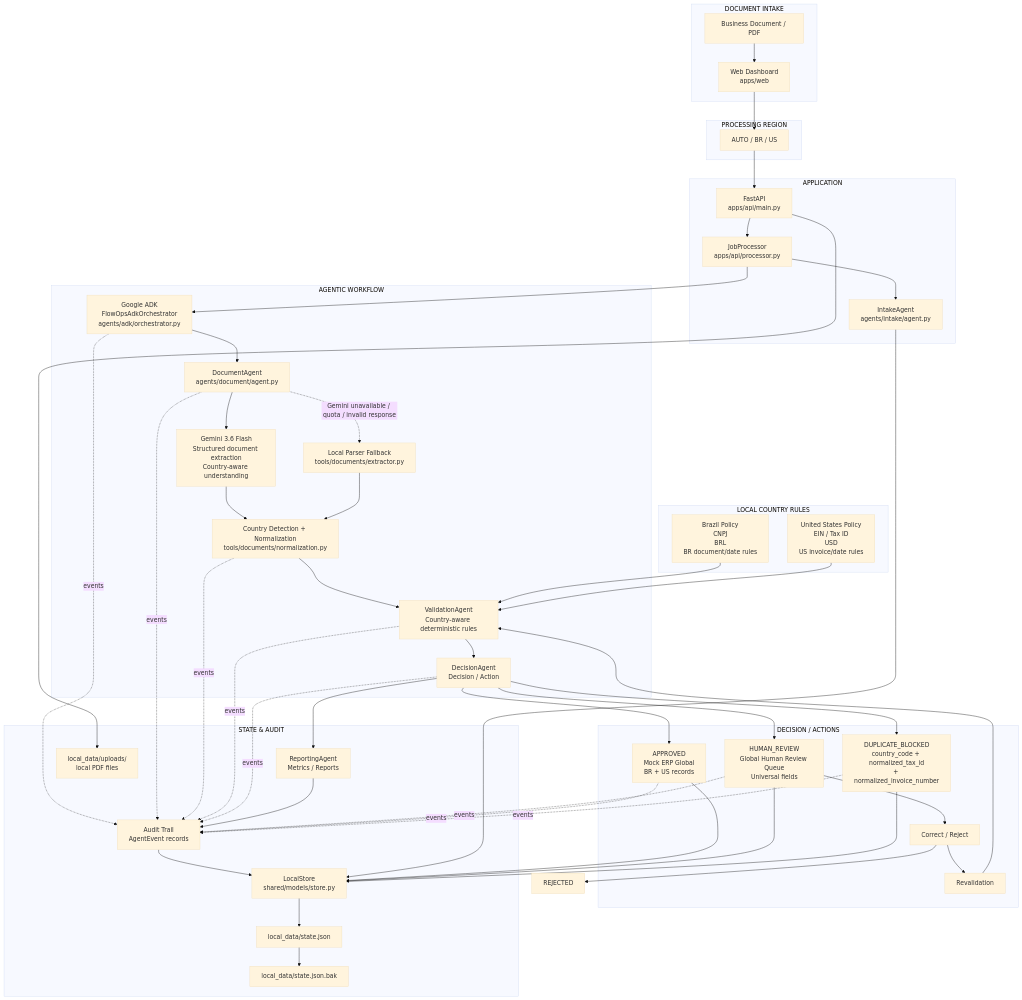
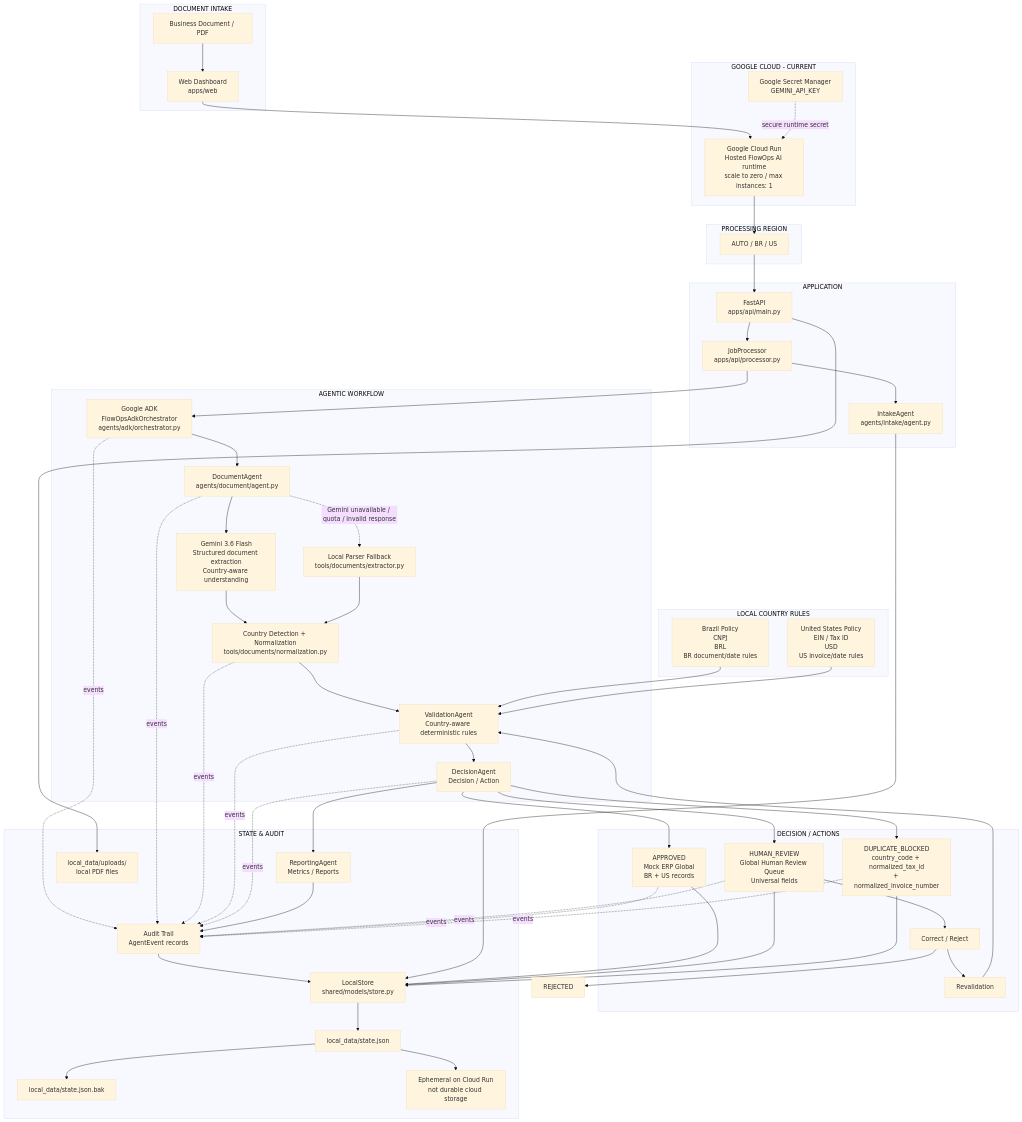
Before and after one commit to kakaroto2025/flowops-ai: the first of 4 diagrams in docs/architecture.md, drawn with Mermaid (base theme). The commit also changed other lines of this file and 4 other files, not shown here.

Commit message:
Document Cloud Run deployment architecture

````diff
--- a/docs/architecture.md
+++ b/docs/architecture.md
@@ -14,6 +14,11 @@
     subgraph Input["DOCUMENT INTAKE"]
         PDF["Business Document / PDF"]
         Web["Web Dashboard<br/>apps/web"]
+    end
+
+    subgraph GoogleCloud["GOOGLE CLOUD - CURRENT"]
+        CloudRun["Google Cloud Run<br/>Hosted FlowOps AI runtime<br/>scale to zero / max instances: 1"]
+        SecretManager["Google Secret Manager<br/>GEMINI_API_KEY"]
     end
 
     subgraph Region["PROCESSING REGION"]
@@ -56,10 +61,13 @@
         State["local_data/state.json"]
         Backup["local_data/state.json.bak"]
         Uploads["local_data/uploads/<br/>local PDF files"]
+        Ephemeral["Ephemeral on Cloud Run<br/>not durable cloud storage"]
     end
 
     PDF --> Web
-    Web --> Mode
+    Web --> CloudRun
+    SecretManager -. "secure runtime secret" .-> CloudRun
+    CloudRun --> Mode
     Mode --> API
     API --> Processor
     Processor --> Intake
@@ -101,4 +109,5 @@
     Store --> State
     State --> Backup
     API --> Uploads
+    State --> Ephemeral
 ```
````
